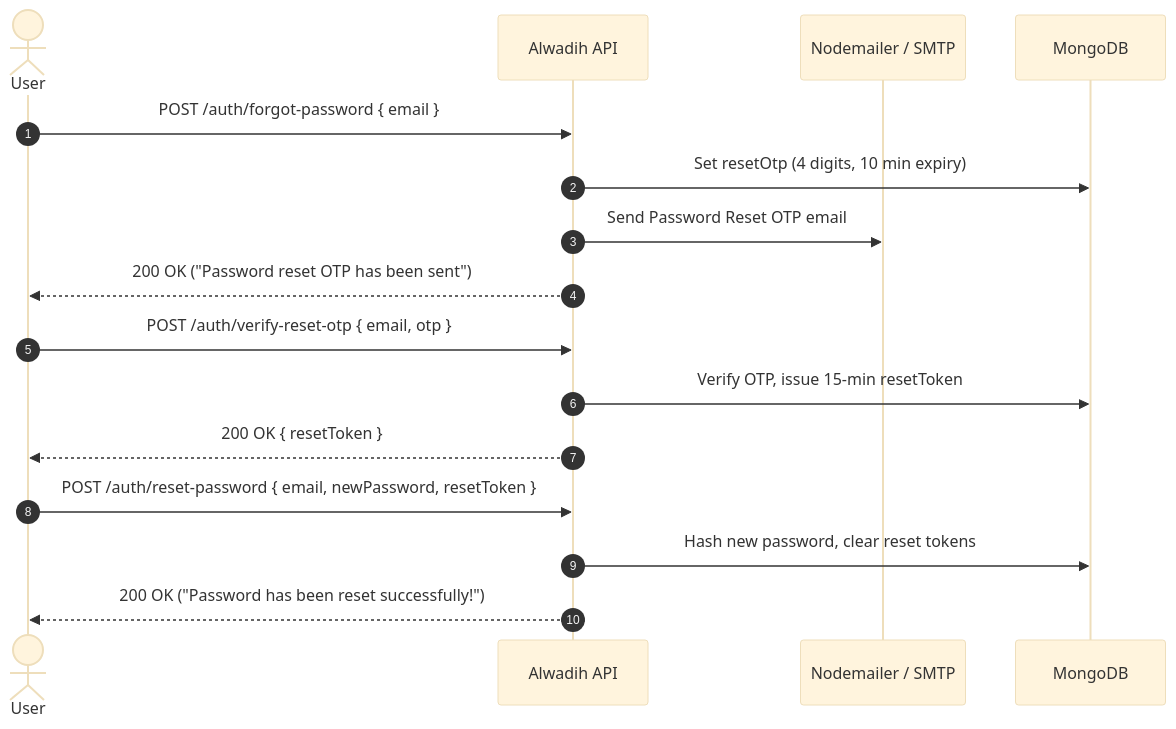
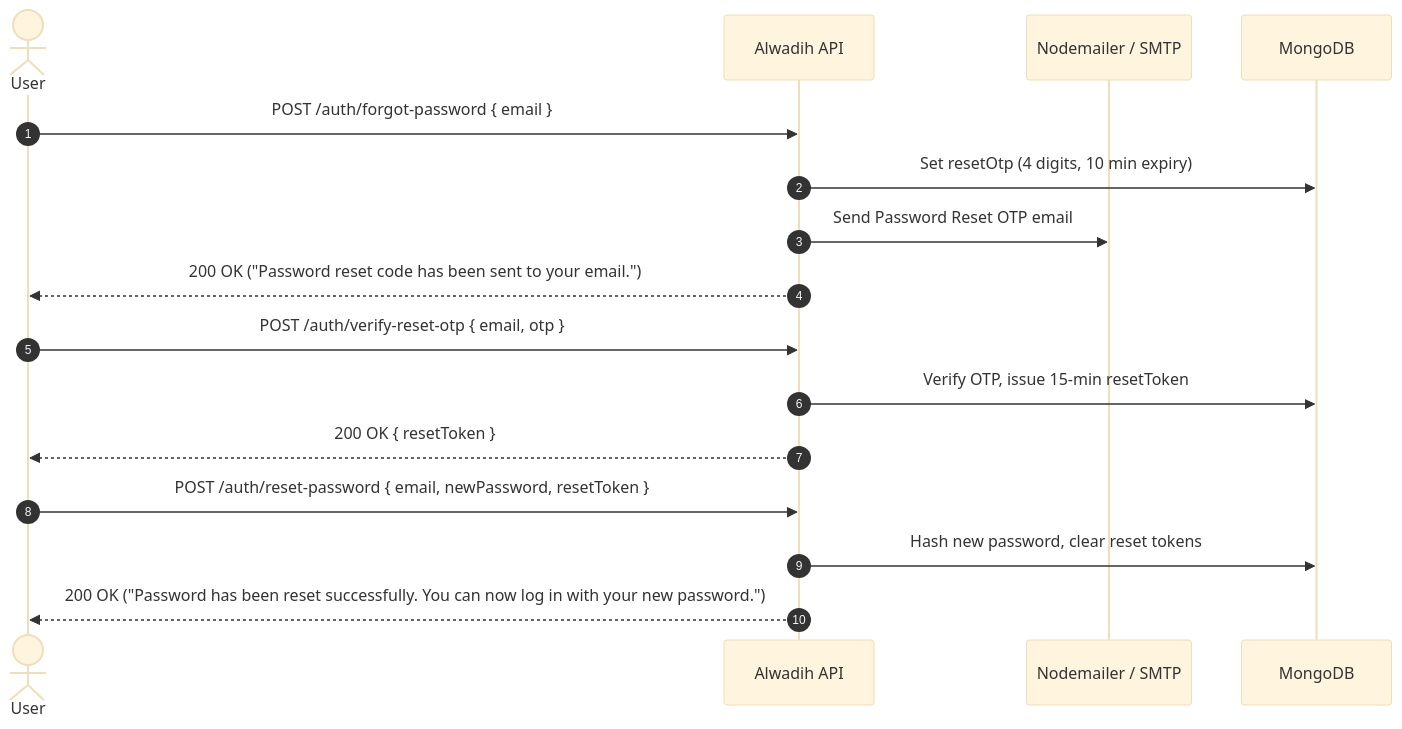
One commit to AliElsese/Alwadih changed the second of 2 diagrams in API_DOCUMENTATION.md. Above: the diagram before and after it, drawn with Mermaid (base theme). The commit also changed other lines of this file and 11 other files, not shown here.

Commit message:
refactor(messages): standardize all success, error, and validation messages across auth flow

````diff
--- a/API_DOCUMENTATION.md
+++ b/API_DOCUMENTATION.md
@@ -213,19 +218,19 @@
 ```mermaid
 sequenceDiagram
     autonumber
     actor User
     participant API as Alwadih API
     participant Mail as Nodemailer / SMTP
     participant DB as MongoDB
 
     User->>API: POST /auth/forgot-password { email }
     API->>DB: Set resetOtp (4 digits, 10 min expiry)
     API->>Mail: Send Password Reset OTP email
-    API-->>User: 200 OK ("Password reset OTP has been sent")
+    API-->>User: 200 OK ("Password reset code has been sent to your email.")
     User->>API: POST /auth/verify-reset-otp { email, otp }
     API->>DB: Verify OTP, issue 15-min resetToken
     API-->>User: 200 OK { resetToken }
     User->>API: POST /auth/reset-password { email, newPassword, resetToken }
     API->>DB: Hash new password, clear reset tokens
-    API-->>User: 200 OK ("Password has been reset successfully!")
+    API-->>User: 200 OK ("Password has been reset successfully. You can now log in with your new password.")
 ```
````
